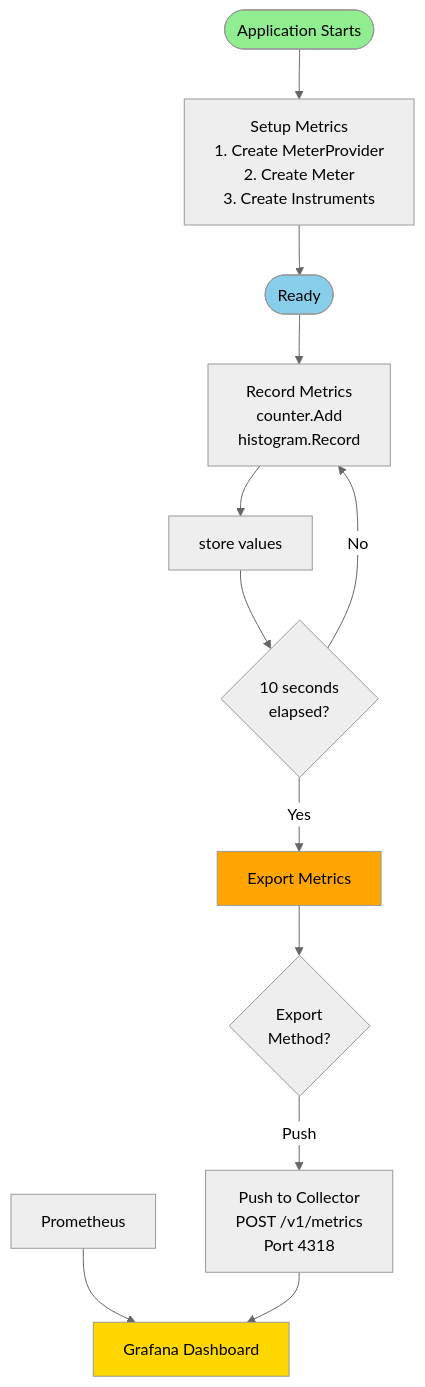
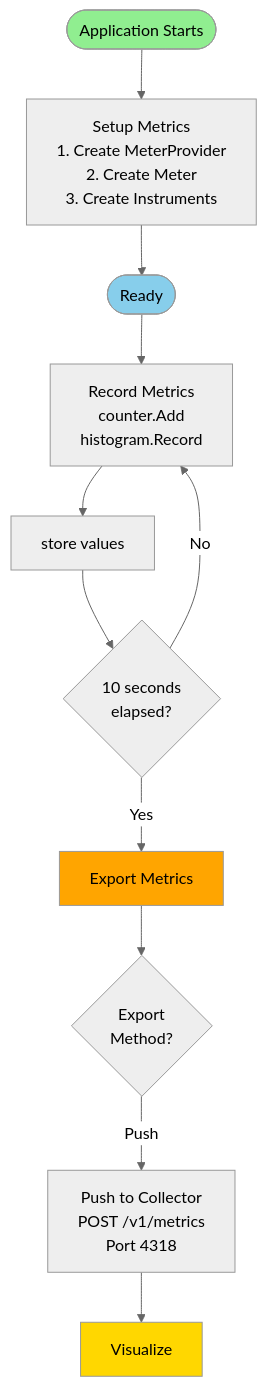
Before and after one commit to rdkcentral/tr69hostif: the diagram in metrics.md, drawn with Mermaid (neutral theme).

Commit message:
Instrument metrics

````diff
--- a/metrics.md
+++ b/metrics.md
@@ -1,29 +1,28 @@
 ```mermaid
 flowchart TB
     Start([Application Starts]) --> Setup[Setup Metrics<br/>1. Create MeterProvider<br/>2. Create Meter<br/>3. Create Instruments]
     
     Setup --> Ready([Ready])
     
     Ready --> Record[Record Metrics<br/>counter.Add<br/>histogram.Record]
     
     Record --> Memory[store values]
     
     Memory --> Timer{10 seconds<br/>elapsed?}
     
     Timer -->|No| Record
     
     Timer -->|Yes| Export[Export Metrics]
     
     Export --> Method{Export<br/>Method?}
     
     Method -->|Push| Collector[Push to Collector<br/>POST /v1/metrics<br/>Port 4318]
     
-    Prometheus --> Visualize[Grafana Dashboard]
     Collector --> Visualize
     
     style Start fill:#90EE90
     style Ready fill:#87CEEB
     style Export fill:#FFA500
     style Visualize fill:#FFD700
 
 ```
````
